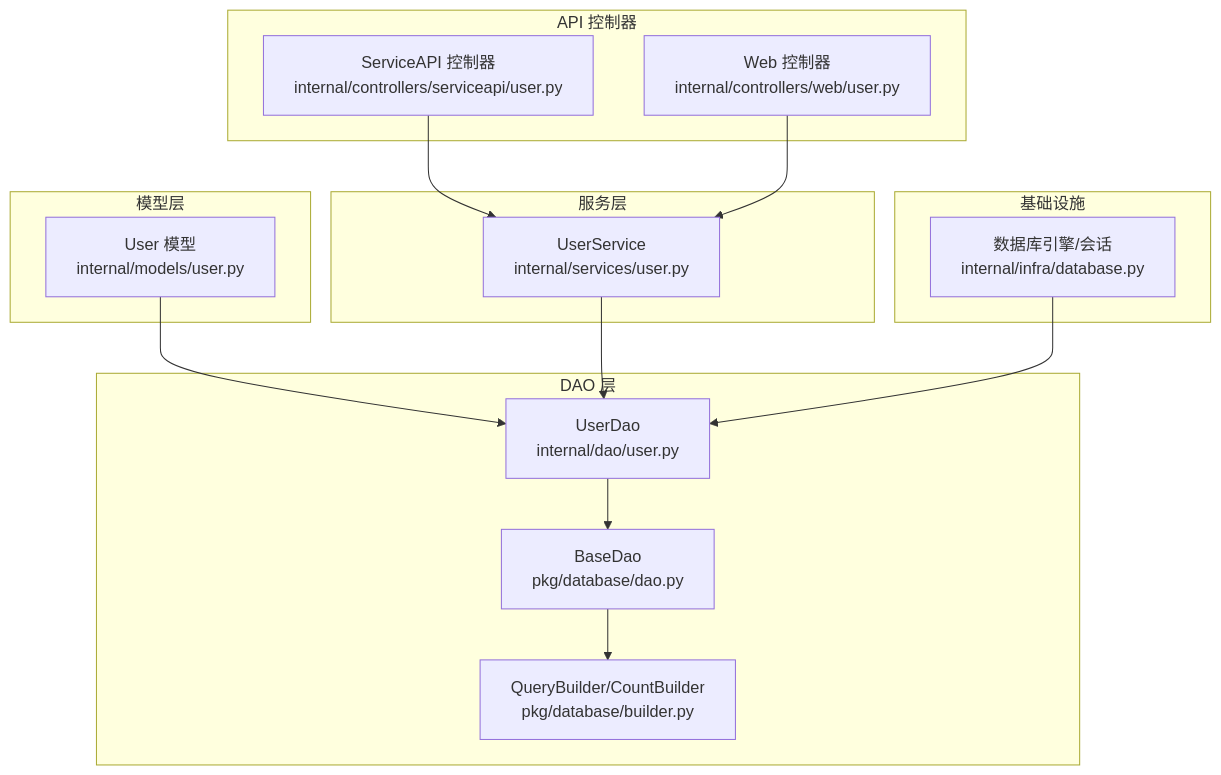
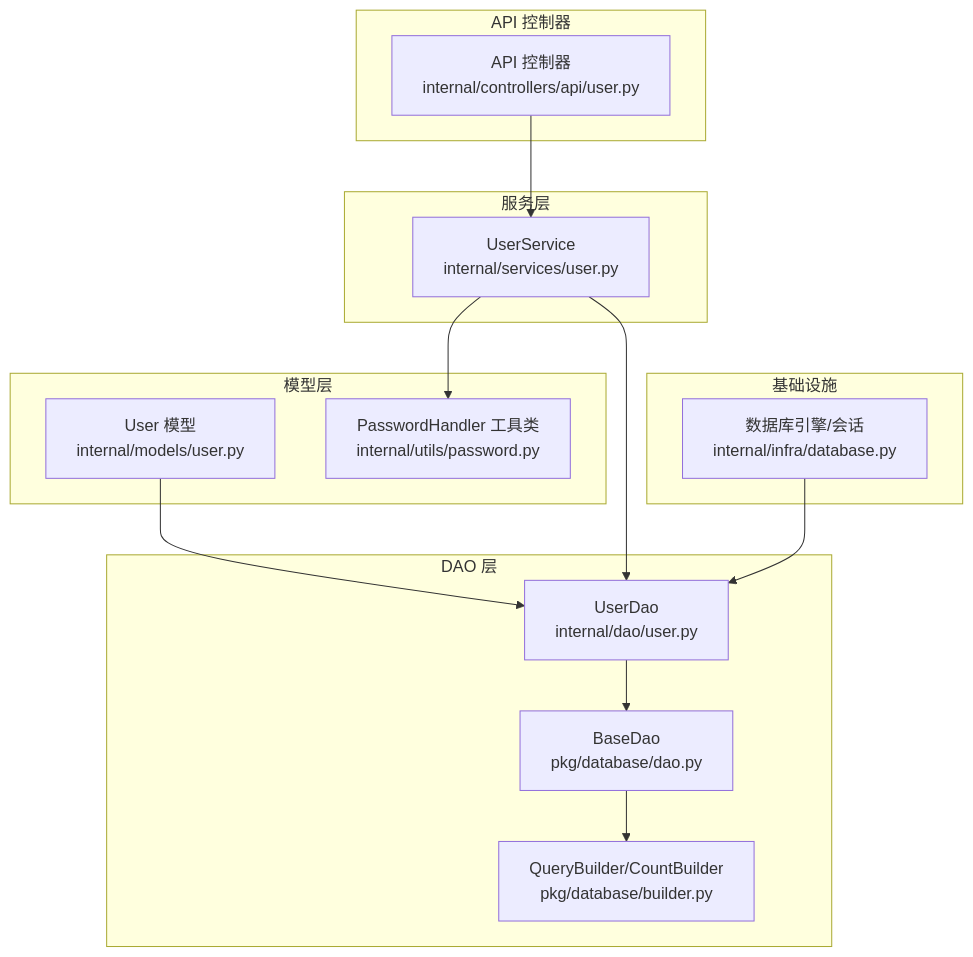
The first of 8 diagrams in .qoder/repowiki/zh/content/数据模型/用户模型.md (lilinzezzzzzz/fastapi-backend), drawn with Mermaid before and after one commit. The commit also changed other lines of this file and 38 other files, not shown here.

````diff
--- a/.qoder/repowiki/zh/content/数据模型/用户模型.md
+++ b/.qoder/repowiki/zh/content/数据模型/用户模型.md
@@ -37,28 +45,28 @@
 ```mermaid
 graph TB
 subgraph "模型层"
 M["User 模型<br/>internal/models/user.py"]
+PH["PasswordHandler 工具类<br/>internal/utils/password.py"]
 end
 subgraph "基础设施"
 DB["数据库引擎/会话<br/>internal/infra/database.py"]
 end
 subgraph "DAO 层"
 D["UserDao<br/>internal/dao/user.py"]
 BD["BaseDao<br/>pkg/database/dao.py"]
 QB["QueryBuilder/CountBuilder<br/>pkg/database/builder.py"]
 end
 subgraph "服务层"
 S["UserService<br/>internal/services/user.py"]
 end
 subgraph "API 控制器"
-C1["ServiceAPI 控制器<br/>internal/controllers/serviceapi/user.py"]
-C2["Web 控制器<br/>internal/controllers/web/user.py"]
+C1["API 控制器<br/>internal/controllers/api/user.py"]
 end
 M --> D
 D --> BD
 BD --> QB
 S --> D
+S --> PH
 C1 --> S
-C2 --> S
 DB --> D
 ```
````
